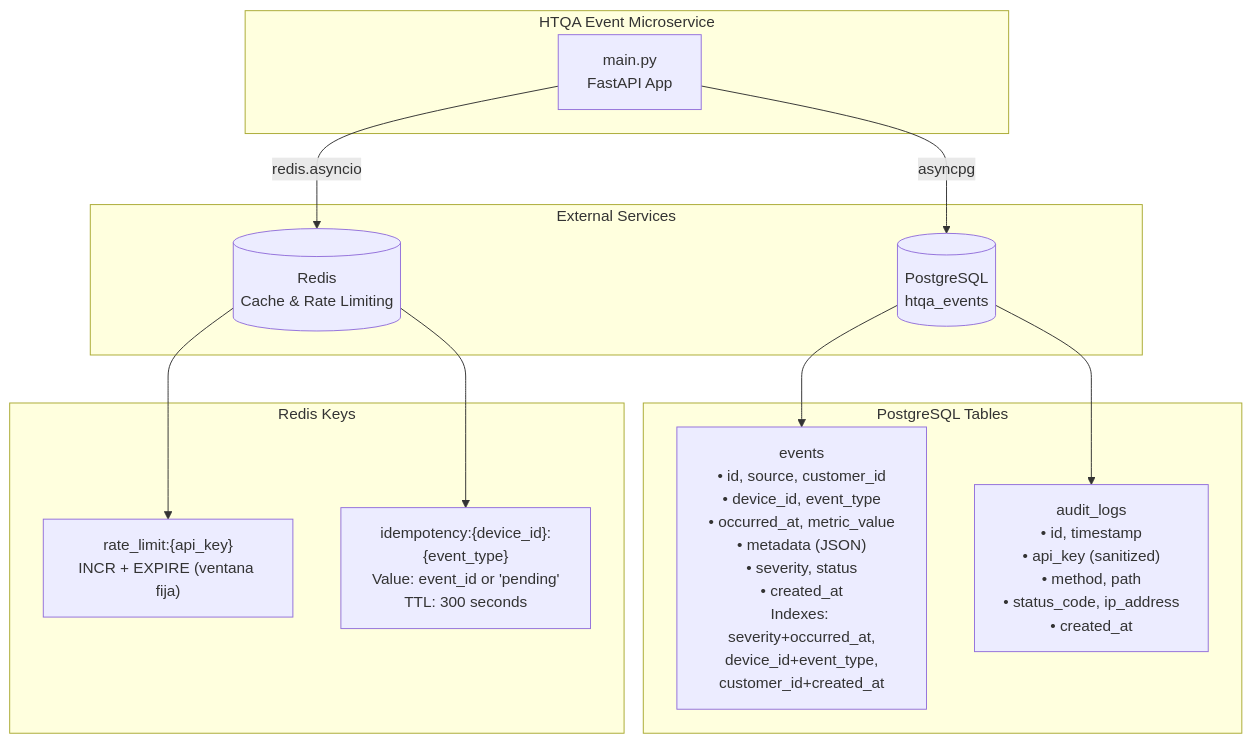
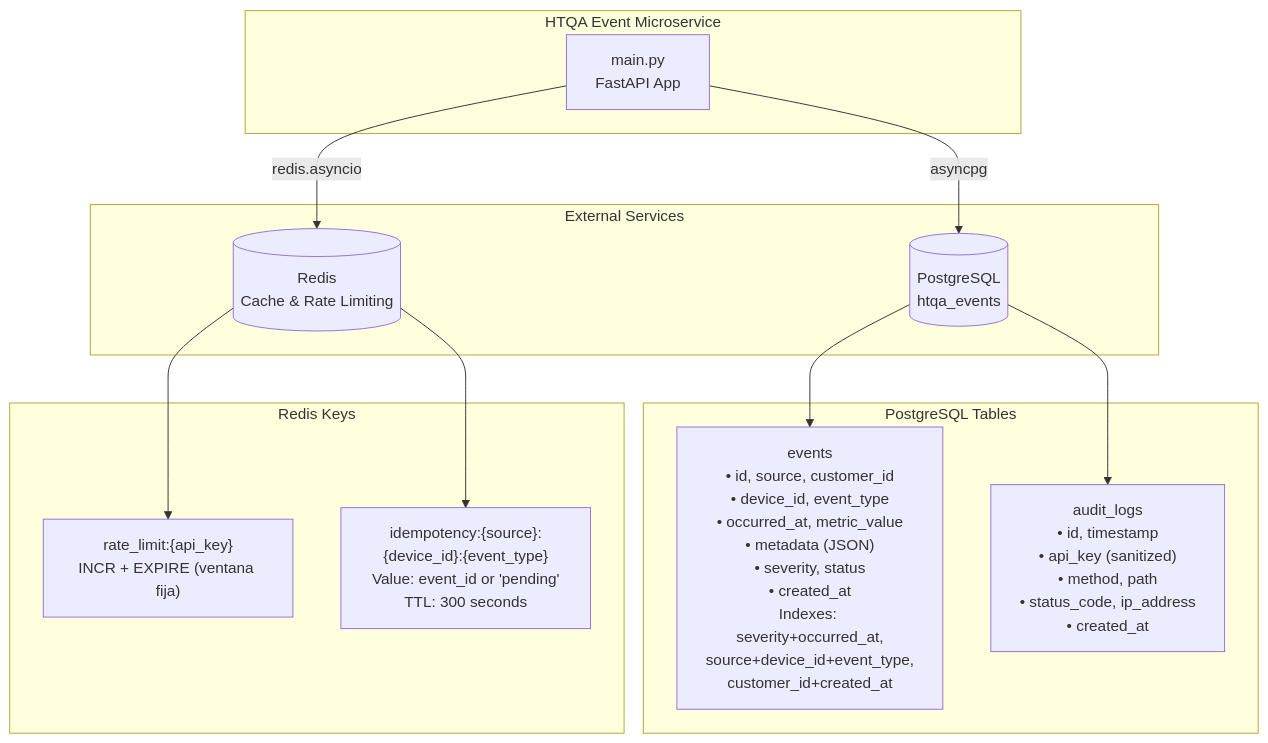
The sixth of 6 diagrams in FLOW_DIAGRAM.md (JuanSebastianGB/HTQA-SAS), drawn with Mermaid before and after one commit. The commit also changed other lines of this file and 7 other files, not shown here.

````diff
--- a/FLOW_DIAGRAM.md
+++ b/FLOW_DIAGRAM.md
@@ -248,29 +248,29 @@
 ```mermaid
 graph TB
     subgraph App["HTQA Event Microservice"]
         Main["main.py<br/>FastAPI App"]
     end
 
     subgraph Services["External Services"]
         PG[(PostgreSQL<br/>htqa_events)]
         RD[(Redis<br/>Cache & Rate Limiting)]
     end
 
     Main -->|"asyncpg"| PG
     Main -->|"redis.asyncio"| RD
 
     subgraph DB_Tables["PostgreSQL Tables"]
-        Events["events<br/>• id, source, customer_id<br/>• device_id, event_type<br/>• occurred_at, metric_value<br/>• metadata (JSON)<br/>• severity, status<br/>• created_at<br/>Indexes: severity+occurred_at,<br/>device_id+event_type,<br/>customer_id+created_at"]
+        Events["events<br/>• id, source, customer_id<br/>• device_id, event_type<br/>• occurred_at, metric_value<br/>• metadata (JSON)<br/>• severity, status<br/>• created_at<br/>Indexes: severity+occurred_at,<br/>source+device_id+event_type,<br/>customer_id+created_at"]
         AuditLogs["audit_logs<br/>• id, timestamp<br/>• api_key (sanitized)<br/>• method, path<br/>• status_code, ip_address<br/>• created_at"]
     end
 
     subgraph Redis_Keys["Redis Keys"]
         RateLimit["rate_limit:{api_key}<br/>INCR + EXPIRE (ventana fija)"]
-        Idempotency["idempotency:{device_id}:{event_type}<br/>Value: event_id or 'pending'<br/>TTL: 300 seconds"]
+        Idempotency["idempotency:{source}:{device_id}:{event_type}<br/>Value: event_id or 'pending'<br/>TTL: 300 seconds"]
     end
 
     PG --> Events
     PG --> AuditLogs
     RD --> RateLimit
     RD --> Idempotency
 ```
````
